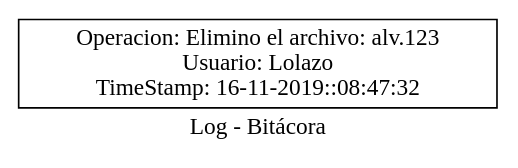
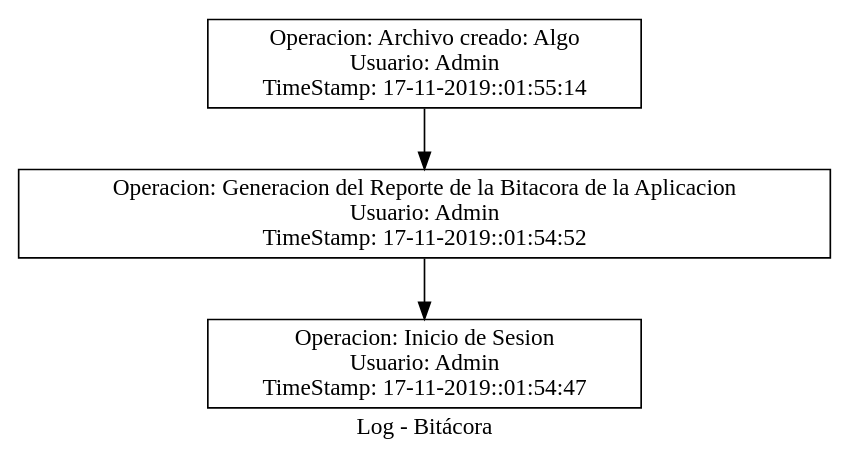
One commit to Douglas-Martinez/EDD_2S2019_PY2_201603168 changed the diagram in Proyecto2_2/build/classes/Reportes/log.dot. Above: the diagram before and after it, drawn with Graphviz. The commit also changed 62 other files, not shown here.

```diff
--- a/Proyecto2_2/build/classes/Reportes/log.dot
+++ b/Proyecto2_2/build/classes/Reportes/log.dot
@@ -1,13 +1,17 @@
 digraph pila{ 
 	node[shape=record];
 
 	graph[pencolor=transparent];
 
 	rankdir=TB;
 
-	1665039212[label="Operacion: Elimino el archivo: alv.123\nUsuario: Lolazo\nTimeStamp: 16-11-2019::08:47:32"];
+	2123612557[label="Operacion: Archivo creado: Algo\nUsuario: Admin\nTimeStamp: 17-11-2019::01:55:14"];
+
+	482204597[label="Operacion: Generacion del Reporte de la Bitacora de la Aplicacion\nUsuario: Admin\nTimeStamp: 17-11-2019::01:54:52"];
+
+	1779970348[label="Operacion: Inicio de Sesion\nUsuario: Admin\nTimeStamp: 17-11-2019::01:54:47"];
 
 
-	1665039212;
+	2123612557->482204597->1779970348;
 
 	label = "Log - Bitácora"}
```
